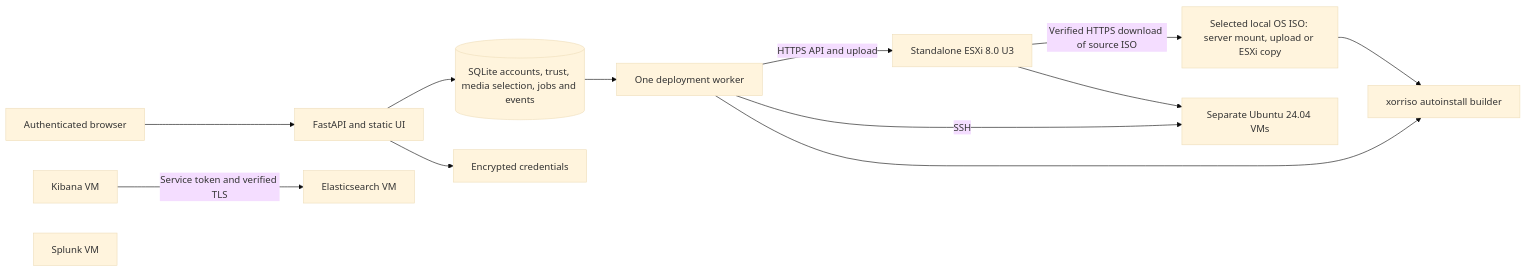
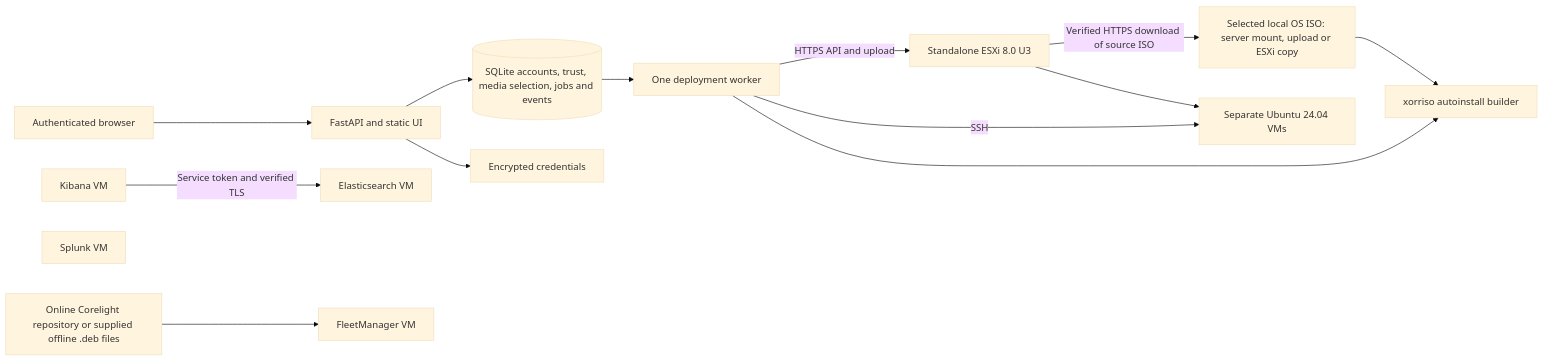
The diagram in docs/ARCHITECTURE.md (DasFunfZigste/GDeploy), drawn with Mermaid (base theme) before and after one commit. The commit also changed other lines of this file and 26 other files, not shown here.

Commit message:
Add online and offline Corelight FleetManager deployments

````diff
--- a/docs/ARCHITECTURE.md
+++ b/docs/ARCHITECTURE.md
@@ -3,15 +3,17 @@
 ```mermaid
 flowchart LR
   Browser[Authenticated browser] --> API[FastAPI and static UI]
   API --> DB[(SQLite accounts, trust, media selection, jobs and events)]
   API --> Vault[Encrypted credentials]
   DB --> Worker[One deployment worker]
   Media[Selected local OS ISO: server mount, upload or ESXi copy] --> Builder[xorriso autoinstall builder]
   Worker --> Builder
   Worker -->|HTTPS API and upload| ESXi[Standalone ESXi 8.0 U3]
   ESXi -->|Verified HTTPS download of source ISO| Media
   ESXi --> Ubuntu[Separate Ubuntu 24.04 VMs]
   Worker -->|SSH| Ubuntu
   Kibana[Kibana VM] -->|Service token and verified TLS| Elastic[Elasticsearch VM]
   Splunk[Splunk VM]
+  Fleet[FleetManager VM]
+  FleetPackages[Online Corelight repository or supplied offline .deb files] --> Fleet
 ```
````
